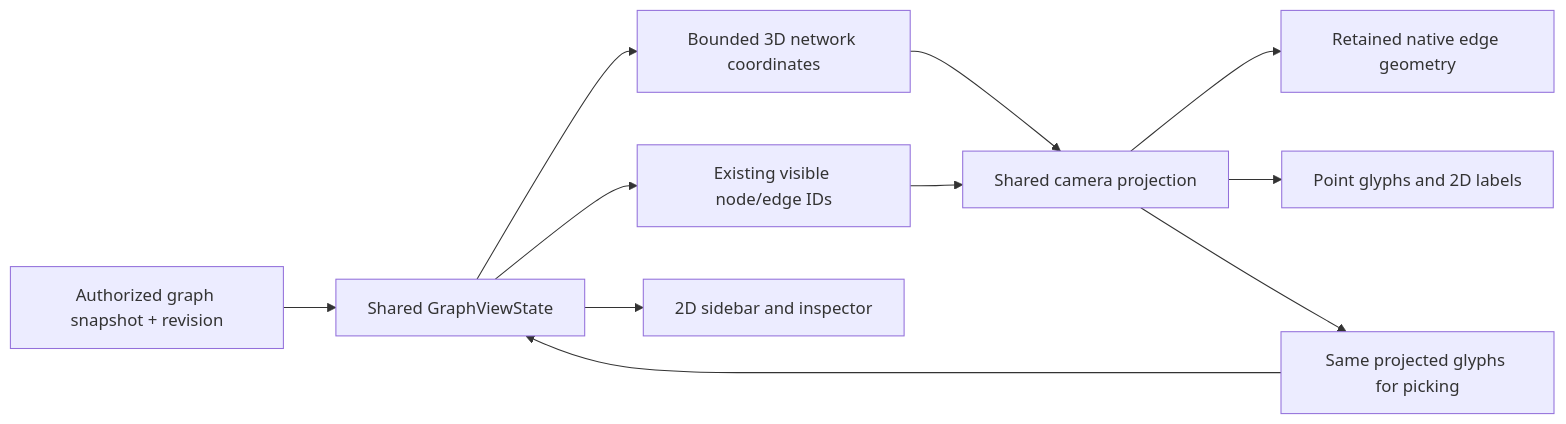
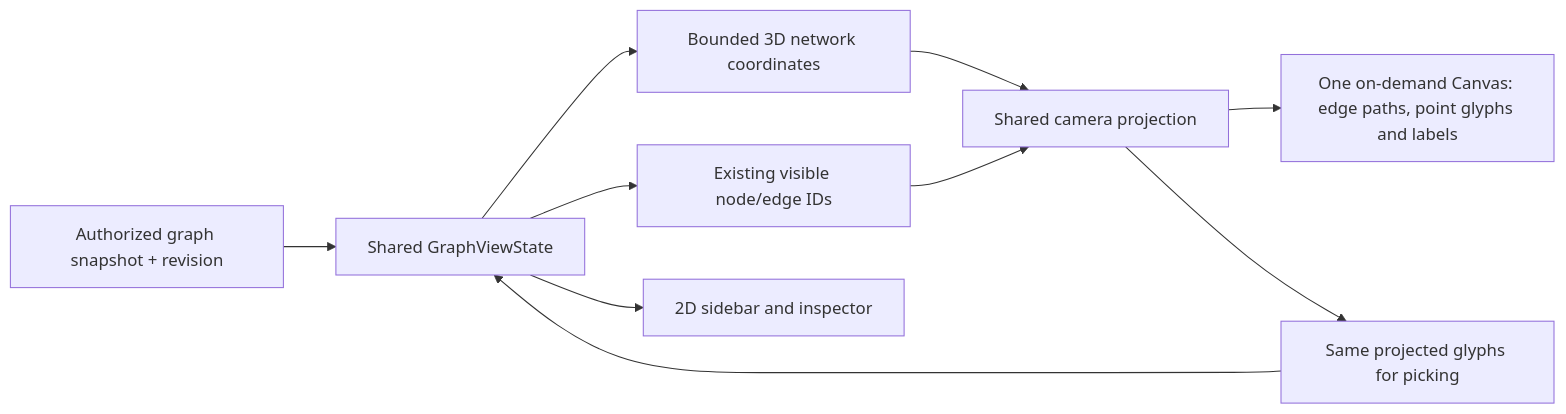
The diagram in Sources/DatabaseStudioUI/SpatialGraph/DESIGN.md (1amageek/database-studio), drawn with Mermaid before and after one commit. The commit also changed other lines of this file and 12 other files, not shown here.

Commit message:
Reduce graph rendering and preparation overhead

````diff
--- a/Sources/DatabaseStudioUI/SpatialGraph/DESIGN.md
+++ b/Sources/DatabaseStudioUI/SpatialGraph/DESIGN.md
@@ -38,13 +38,12 @@
 ```mermaid
 flowchart LR
     Source[Authorized graph snapshot + revision] --> State[Shared GraphViewState]
     State --> Layout[Bounded 3D network coordinates]
     State --> Visibility[Existing visible node/edge IDs]
     Layout --> Frame[Shared camera projection]
     Visibility --> Frame
-    Frame --> Scene[Retained native edge geometry]
-    Frame --> Canvas[Point glyphs and 2D labels]
+    Frame --> Canvas[One on-demand Canvas: edge paths, point glyphs and labels]
     Frame --> Pick[Same projected glyphs for picking]
     Pick --> State
     State --> Detail[2D sidebar and inspector]
 ```
````
